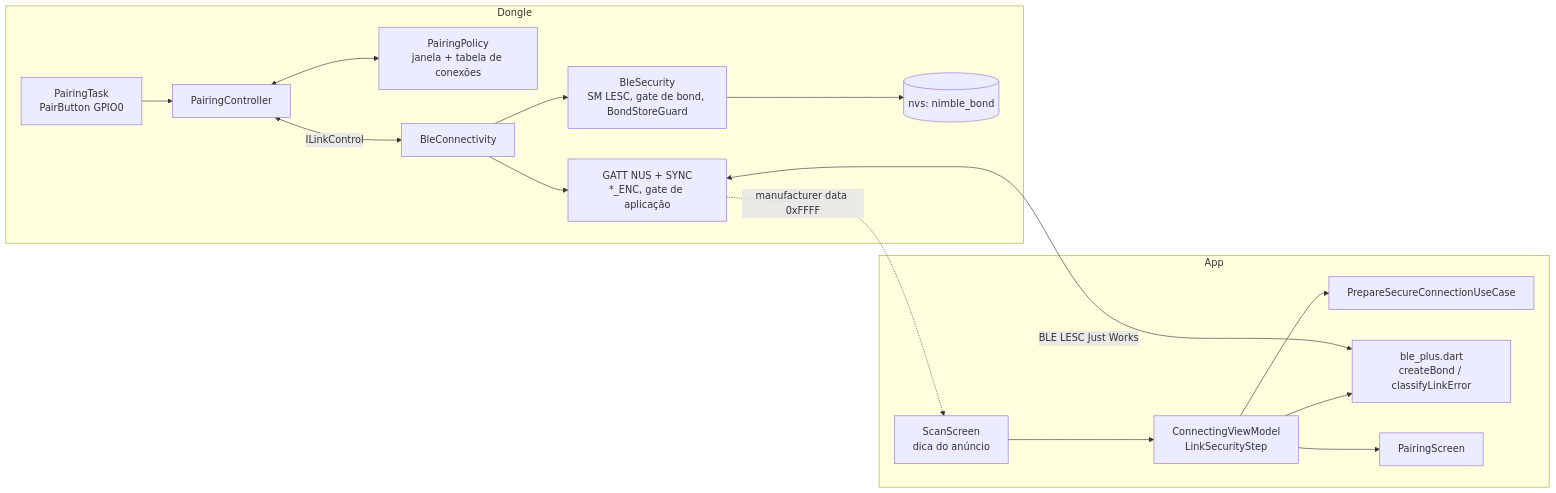
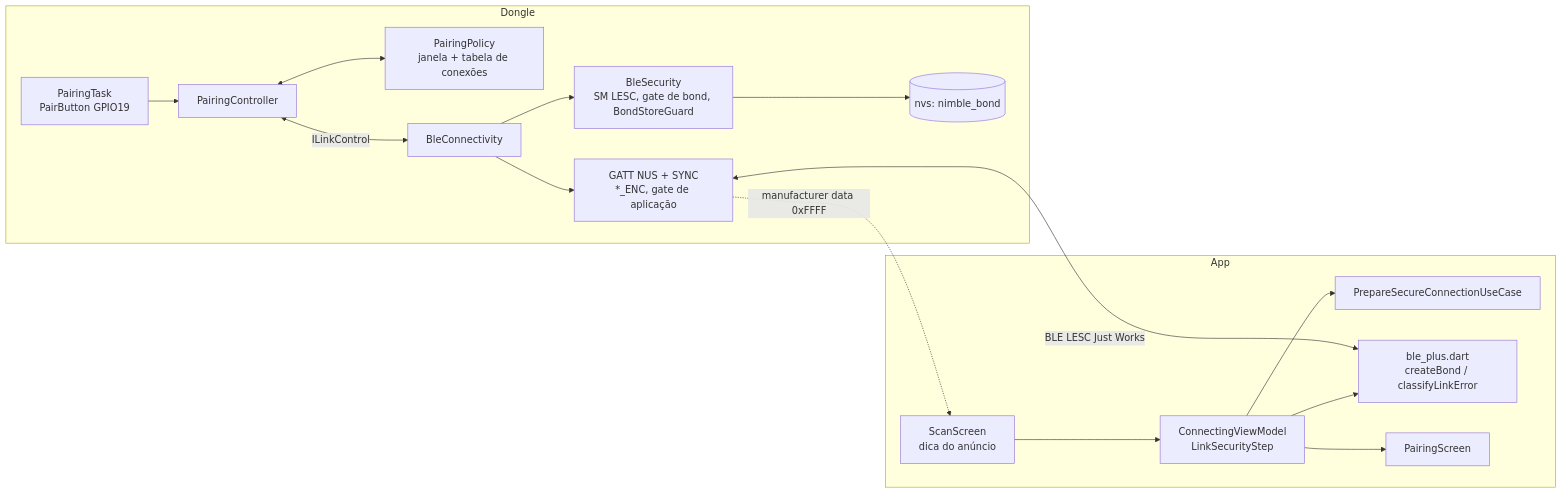
Before and after one commit to rodrigomarcolin/tccelta: the diagram in .spec/fase-2-lesc/README.md, drawn with Mermaid. The commit also changed other lines of this file and 38 other files, not shown here.

````diff
--- a/.spec/fase-2-lesc/README.md
+++ b/.spec/fase-2-lesc/README.md
@@ -20,19 +20,19 @@
 ```mermaid
 flowchart LR
     subgraph FW["Dongle"]
-        BTN[PairingTask<br/>PairButton GPIO0] --> PC[PairingController]
+        BTN[PairingTask<br/>PairButton GPIO19] --> PC[PairingController]
         PC <--> PP[PairingPolicy<br/>janela + tabela de conexões]
         PC <-->|ILinkControl| BC[BleConnectivity]
         BC --> BSEC[BleSecurity<br/>SM LESC, gate de bond, BondStoreGuard]
         BC --> GATT[GATT NUS + SYNC<br/>*_ENC, gate de aplicação]
         BSEC --> NVS[(nvs: nimble_bond)]
     end
     subgraph APP["App"]
         SCAN[ScanScreen<br/>dica do anúncio] --> CVM[ConnectingViewModel<br/>LinkSecurityStep]
         CVM --> UC[PrepareSecureConnectionUseCase]
         CVM --> ADP["ble_plus.dart<br/>createBond / classifyLinkError"]
         CVM --> PS[PairingScreen]
     end
     ADP <-->|BLE LESC Just Works| GATT
     GATT -.->|manufacturer data 0xFFFF| SCAN
 ```
````
